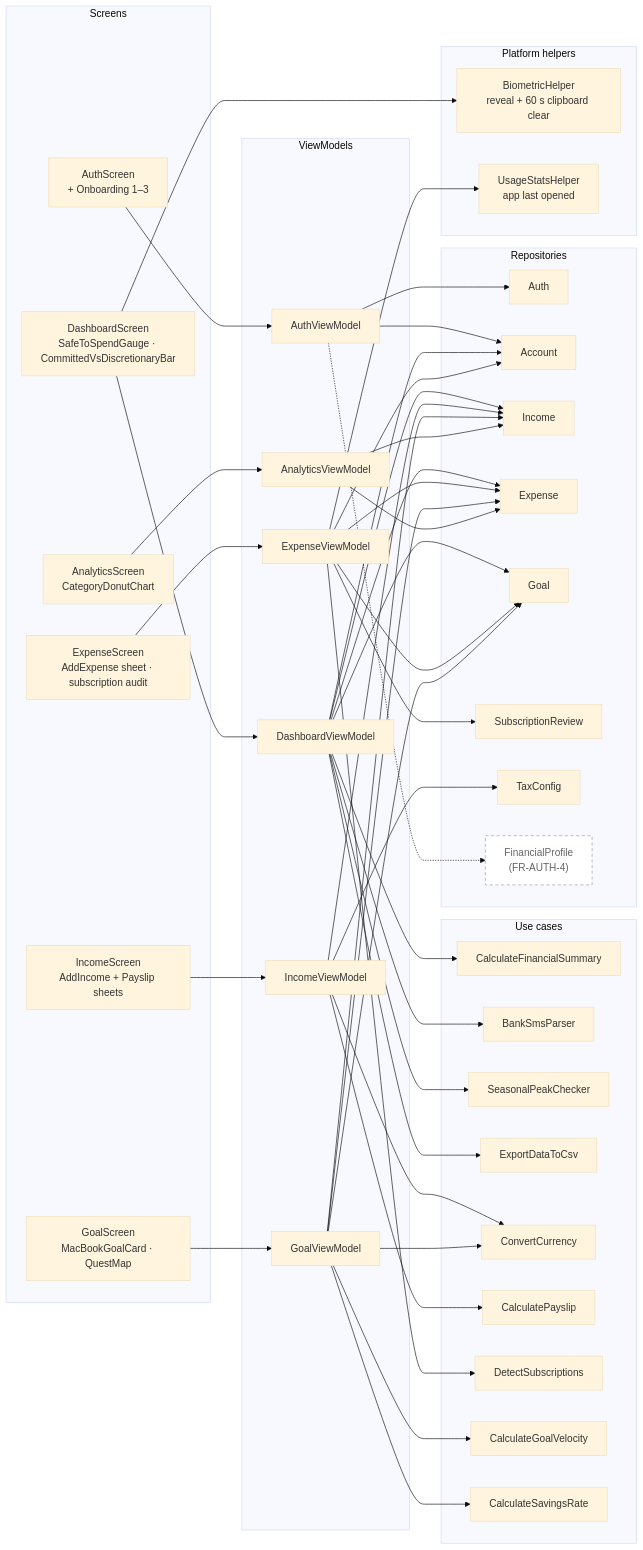
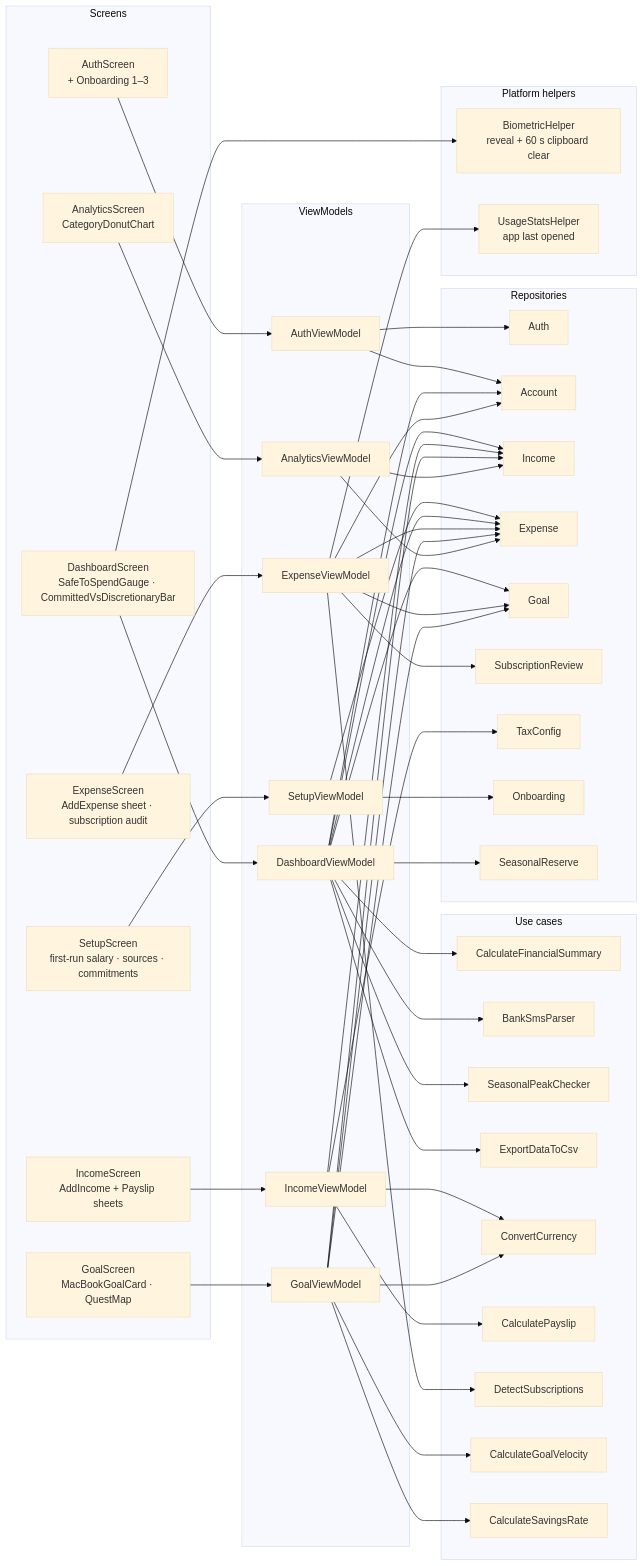
One commit to Hesara2003/PulseFinance-SE3092 changed the second of 3 diagrams in docs/ARCHITECTURE.md. Above: the diagram before and after it, drawn with Mermaid (base theme). The commit also changed other lines of this file and 4 other files, not shown here.

````diff
--- a/docs/ARCHITECTURE.md
+++ b/docs/ARCHITECTURE.md
@@ -67,71 +67,75 @@
 ```mermaid
 flowchart LR
     subgraph SCR["Screens"]
         S_AUTH["AuthScreen<br/>+ Onboarding 1–3"]
+        S_SET["SetupScreen<br/>first-run salary · sources · commitments"]
         S_DASH["DashboardScreen<br/>SafeToSpendGauge · CommittedVsDiscretionaryBar"]
         S_INC["IncomeScreen<br/>AddIncome + Payslip sheets"]
         S_EXP["ExpenseScreen<br/>AddExpense sheet · subscription audit"]
         S_GOAL["GoalScreen<br/>MacBookGoalCard · QuestMap"]
         S_ANA["AnalyticsScreen<br/>CategoryDonutChart"]
     end
 
     subgraph VMS["ViewModels"]
         V_AUTH["AuthViewModel"]
+        V_SET["SetupViewModel"]
         V_DASH["DashboardViewModel"]
         V_INC["IncomeViewModel"]
         V_EXP["ExpenseViewModel"]
         V_GOAL["GoalViewModel"]
         V_ANA["AnalyticsViewModel"]
     end
 
     subgraph UC["Use cases"]
         U_SUM["CalculateFinancialSummary"]
         U_SMS["BankSmsParser"]
         U_SEA["SeasonalPeakChecker"]
         U_CSV["ExportDataToCsv"]
         U_FX["ConvertCurrency"]
         U_PAY["CalculatePayslip"]
         U_SUB["DetectSubscriptions"]
         U_VEL["CalculateGoalVelocity"]
         U_RATE["CalculateSavingsRate"]
     end
 
     subgraph REPO["Repositories"]
         R_AUTH["Auth"]
         R_ACC["Account"]
         R_INC["Income"]
         R_EXP["Expense"]
         R_GOAL["Goal"]
         R_SUBR["SubscriptionReview"]
         R_TAX["TaxConfig"]
-        R_PROF["FinancialProfile<br/>(FR-AUTH-4)"]:::planned
+        R_ONB["Onboarding"]
+        R_SEAS["SeasonalReserve"]
     end
 
     subgraph EDGE["Platform helpers"]
         H_BIO["BiometricHelper<br/>reveal + 60 s clipboard clear"]
         H_USE["UsageStatsHelper<br/>app last opened"]
     end
 
     S_AUTH --> V_AUTH
+    S_SET --> V_SET
     S_DASH --> V_DASH
     S_INC --> V_INC
     S_EXP --> V_EXP
     S_GOAL --> V_GOAL
     S_ANA --> V_ANA
 
     V_AUTH --> R_AUTH & R_ACC
-    V_AUTH -.-> R_PROF
+    V_SET --> R_ONB & R_EXP
     V_DASH --> U_SUM & U_SMS & U_SEA & U_CSV
-    V_DASH --> R_ACC & R_INC & R_EXP & R_GOAL
+    V_DASH --> R_ACC & R_INC & R_EXP & R_GOAL & R_SEAS
     S_DASH --> H_BIO
     V_INC --> U_FX & U_PAY
     V_INC --> R_INC & R_TAX
     V_EXP --> U_SUB
     V_EXP --> R_EXP & R_GOAL & R_ACC & R_SUBR
     V_EXP --> H_USE
     V_GOAL --> U_VEL & U_RATE & U_FX
     V_GOAL --> R_GOAL & R_INC & R_EXP
     V_ANA --> R_INC & R_EXP
 
     classDef planned fill:#fff,stroke:#999,stroke-dasharray:5 4,color:#666
 ```
````
